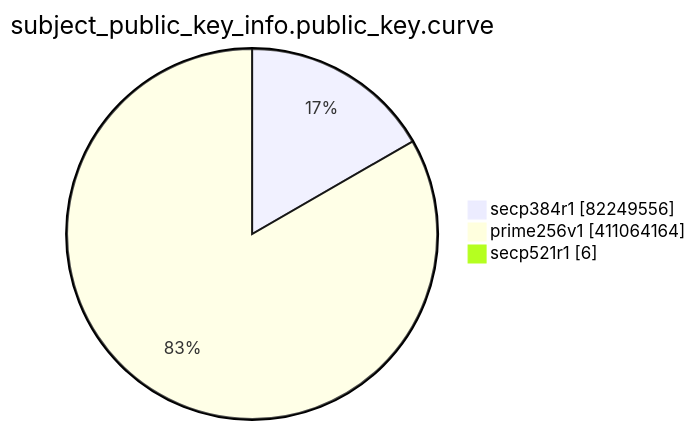
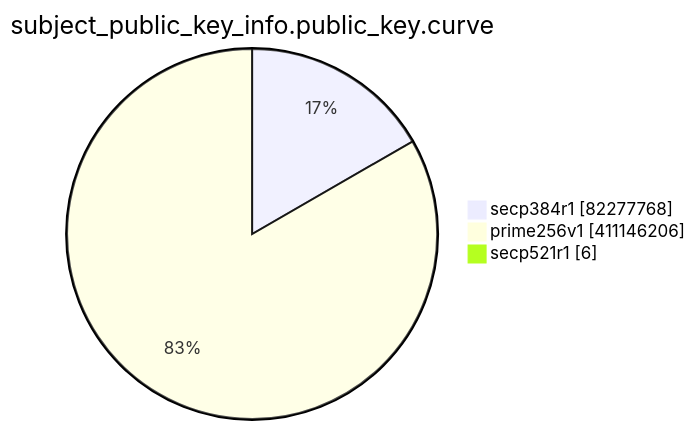
One commit to christiankrug/ctmonitor_visualization changed the eighth of 15 diagrams in TOTAL/README.md. Above: the diagram before and after it, drawn with Mermaid. The commit also changed other lines of this file, not shown here.

````diff
--- a/TOTAL/README.md
+++ b/TOTAL/README.md
@@ -3096,7 +3097,7 @@
 ```mermaid
 pie showData
 title subject_public_key_info.public_key.curve
-"secp384r1" :82249556
-"prime256v1" :411064164
+"secp384r1" :82277768
+"prime256v1" :411146206
 "secp521r1" :6
 ```
````
